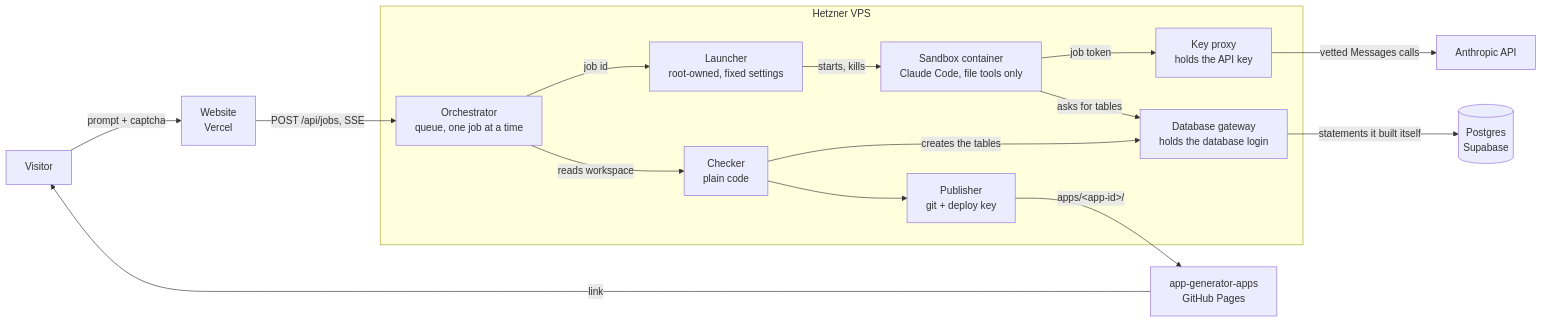
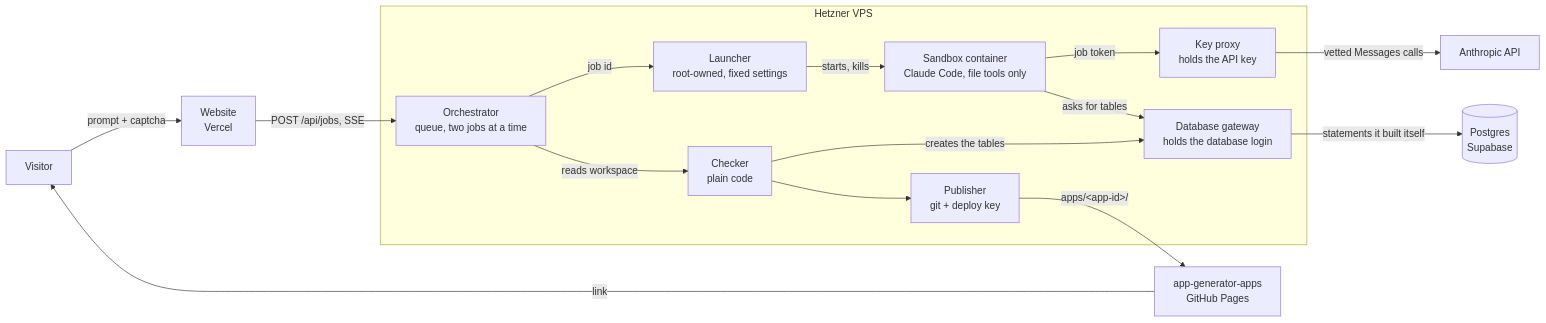
Before and after one commit to LukasB3/app-generator: the diagram in README.md, drawn with Mermaid. The commit also changed other lines of this file and 9 other files, not shown here.

First line of the commit message:
feat: build two apps at the same time (#38)

````diff
--- a/README.md
+++ b/README.md
@@ -9,18 +9,18 @@
 ```mermaid
 flowchart LR
   V[Visitor] -->|prompt + captcha| W[Website<br/>Vercel]
-  W -->|POST /api/jobs, SSE| O[Orchestrator<br/>queue, one job at a time]
+  W -->|POST /api/jobs, SSE| O[Orchestrator<br/>queue, two jobs at a time]
   subgraph VPS[Hetzner VPS]
     O -->|job id| L[Launcher<br/>root-owned, fixed settings]
     L -->|starts, kills| S[Sandbox container<br/>Claude Code, file tools only]
     S -->|job token| P[Key proxy<br/>holds the API key]
     S -->|asks for tables| D[Database gateway<br/>holds the database login]
     O -->|reads workspace| C[Checker<br/>plain code]
     C -->|creates the tables| D
     C --> G[Publisher<br/>git + deploy key]
   end
   P -->|vetted Messages calls| A[Anthropic API]
   D -->|statements it built itself| B[(Postgres<br/>Supabase)]
   G -->|apps/&lt;app-id&gt;/| R[app-generator-apps<br/>GitHub Pages]
   R -->|link| V
 ```
````
